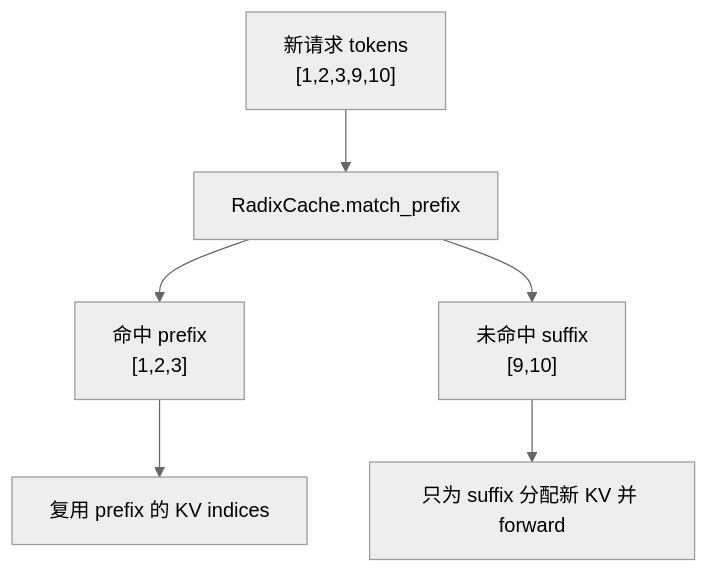
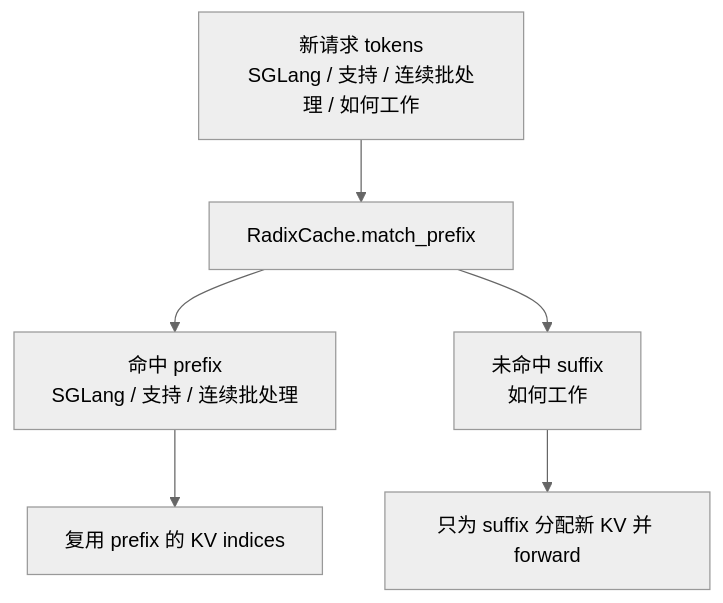
One commit to stream-iori/sglang changed the fourth of 6 diagrams in sglang-learning-docs/02-core-systems/week2-detailed.md. Above: the diagram before and after it, drawn with Mermaid (neutral theme). The commit also changed other lines of this file and 6 other files, not shown here.

````diff
--- a/sglang-learning-docs/02-core-systems/week2-detailed.md
+++ b/sglang-learning-docs/02-core-systems/week2-detailed.md
@@ -233,13 +233,13 @@
 ```mermaid
 flowchart TD
-    A["新请求 tokens<br/>[1,2,3,9,10]"]
+    A["新请求 tokens<br/>SGLang / 支持 / 连续批处理 / 如何工作"]
     B["RadixCache.match_prefix"]
-    C["命中 prefix<br/>[1,2,3]"]
-    D["未命中 suffix<br/>[9,10]"]
+    C["命中 prefix<br/>SGLang / 支持 / 连续批处理"]
+    D["未命中 suffix<br/>如何工作"]
     E["复用 prefix 的 KV indices"]
     F["只为 suffix 分配新 KV 并 forward"]
 
     A --> B
     B --> C --> E
     B --> D --> F
 ```
````
